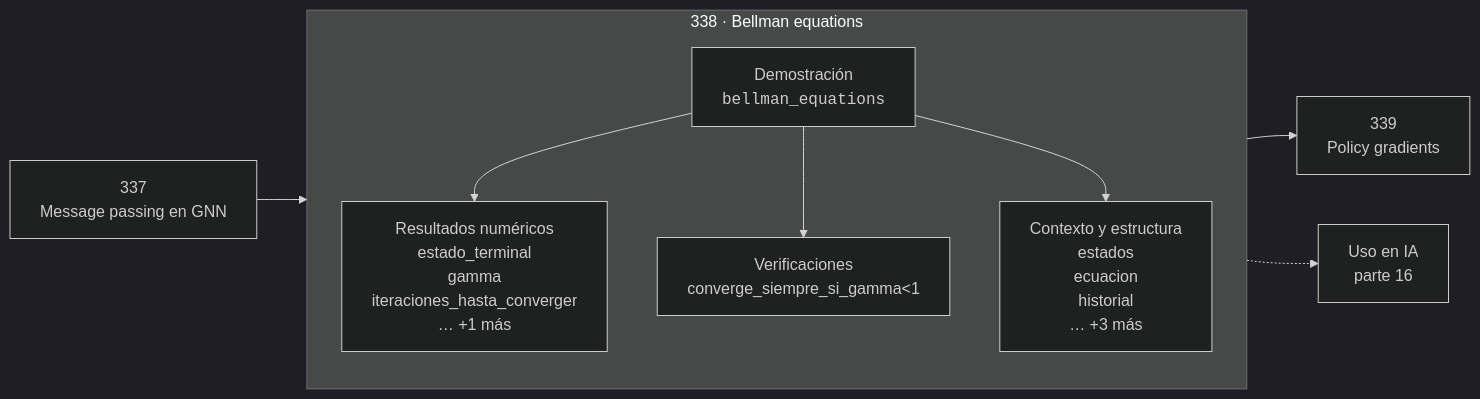
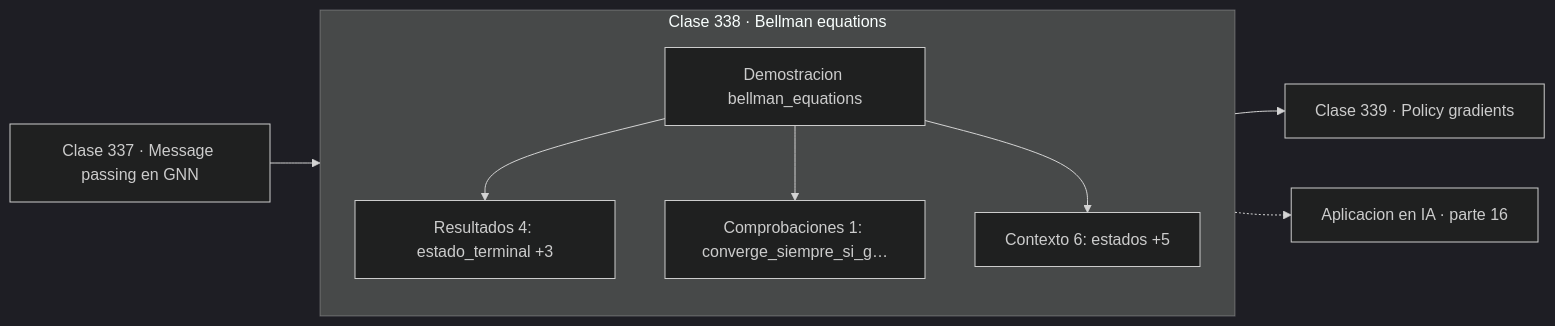
Before and after one commit to vladimiracunadev-create/computational-mathematics-program: the diagram in classes/part-16-matematica-de-transformers-modelos-generativos-grafos-y-rl/338-bellman-equations/README.md, drawn with Mermaid (dark theme). The commit also changed 389 other files, not shown here.

First line of the commit message:
fix(diagramas): elimina el HTML de las etiquetas Mermaid

````diff
--- a/classes/part-16-matematica-de-transformers-modelos-generativos-grafos-y-rl/338-bellman-equations/README.md
+++ b/classes/part-16-matematica-de-transformers-modelos-generativos-grafos-y-rl/338-bellman-equations/README.md
@@ -30,12 +30,13 @@
 ```mermaid
 flowchart LR
-    P["337<br/>Message passing en GNN"] --> C
-    subgraph C["338 · Bellman equations"]
+    P["Clase 337 · Message passing en GNN"] --> D
+    subgraph CLASE["Clase 338 · Bellman equations"]
         direction TB
-        D["Demostración<br/><code>bellman_equations</code>"] --> R["Resultados numéricos<br/>estado_terminal<br/>gamma<br/>iteraciones_hasta_converger<br/>… +1 más"]
-        D --> V["Verificaciones<br/>converge_siempre_si_gamma<1"]
-        D --> O["Contexto y estructura<br/>estados<br/>ecuacion<br/>historial<br/>… +3 más"]
+        D["Demostracion bellman_equations"]
+        D --> R["Resultados 4: estado_terminal +3"]
+        D --> V["Comprobaciones 1: converge_siempre_si_g…"]
+        D --> O["Contexto 6: estados +5"]
     end
-    C --> N["339<br/>Policy gradients"]
-    C -.-> IA["Uso en IA<br/>parte 16"]
+    R --> N["Clase 339 · Policy gradients"]
+    V -.-> IA["Aplicacion en IA · parte 16"]
 ```
````
